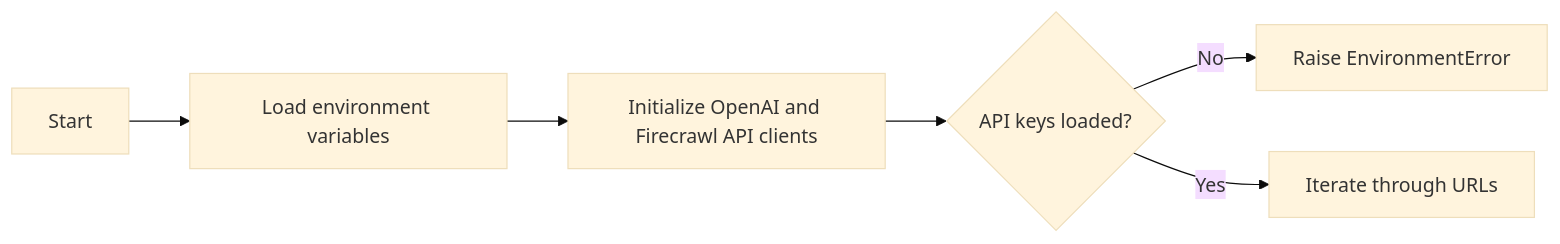
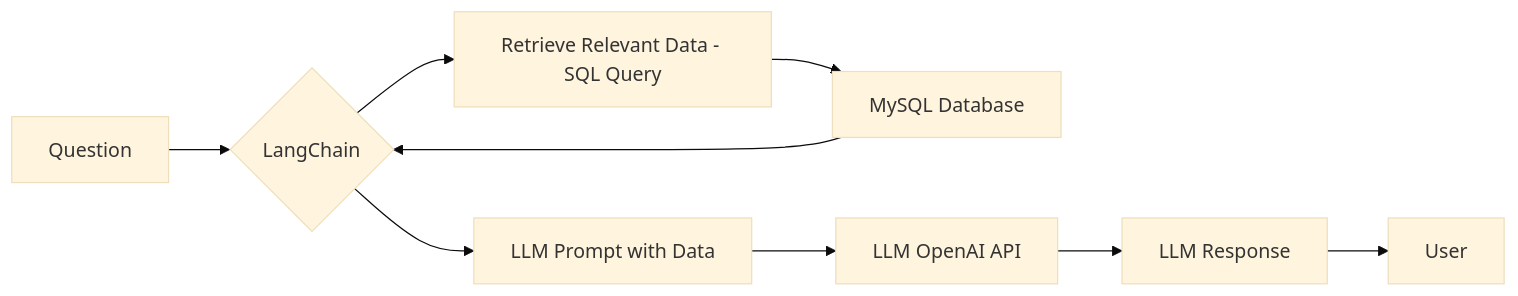
The first of 2 diagrams in content/blog/ai-chat-with-db.md (jlleongarcia/jlleongarcia), drawn with Mermaid (base theme) before and after one commit. The commit also changed other lines of this file and 1 other file, not shown here.

Commit message:
chat db mermaid

````diff
--- a/content/blog/ai-chat-with-db.md
+++ b/content/blog/ai-chat-with-db.md
@@ -23,8 +25,11 @@
 ```mermaid
-flowchart LR
-    A[Start] --> B[Load environment variables]
-    B --> C[Initialize OpenAI and Firecrawl API clients]
-    C --> D{API keys loaded?}
-    D -->|No| E[Raise EnvironmentError]
-    D -->|Yes| F[Iterate through URLs]
+graph LR
+    A[Question] --> B{LangChain}
+    B --> C[Retrieve Relevant Data - SQL Query]
+    C --> D[MySQL Database]
+    D --> B
+    B --> E[LLM Prompt with Data]
+    E --> F[LLM OpenAI API]
+    F --> G[LLM Response]
+    G --> H[User]
 ```
````
